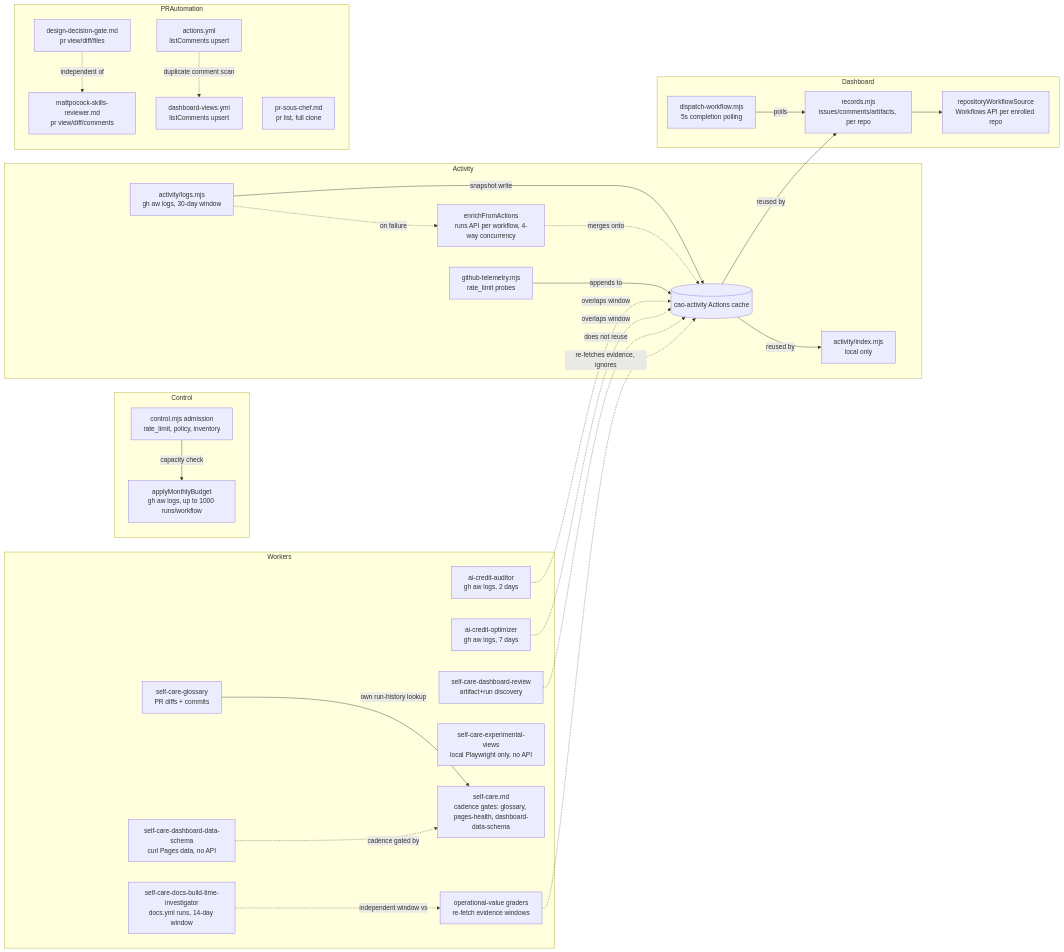
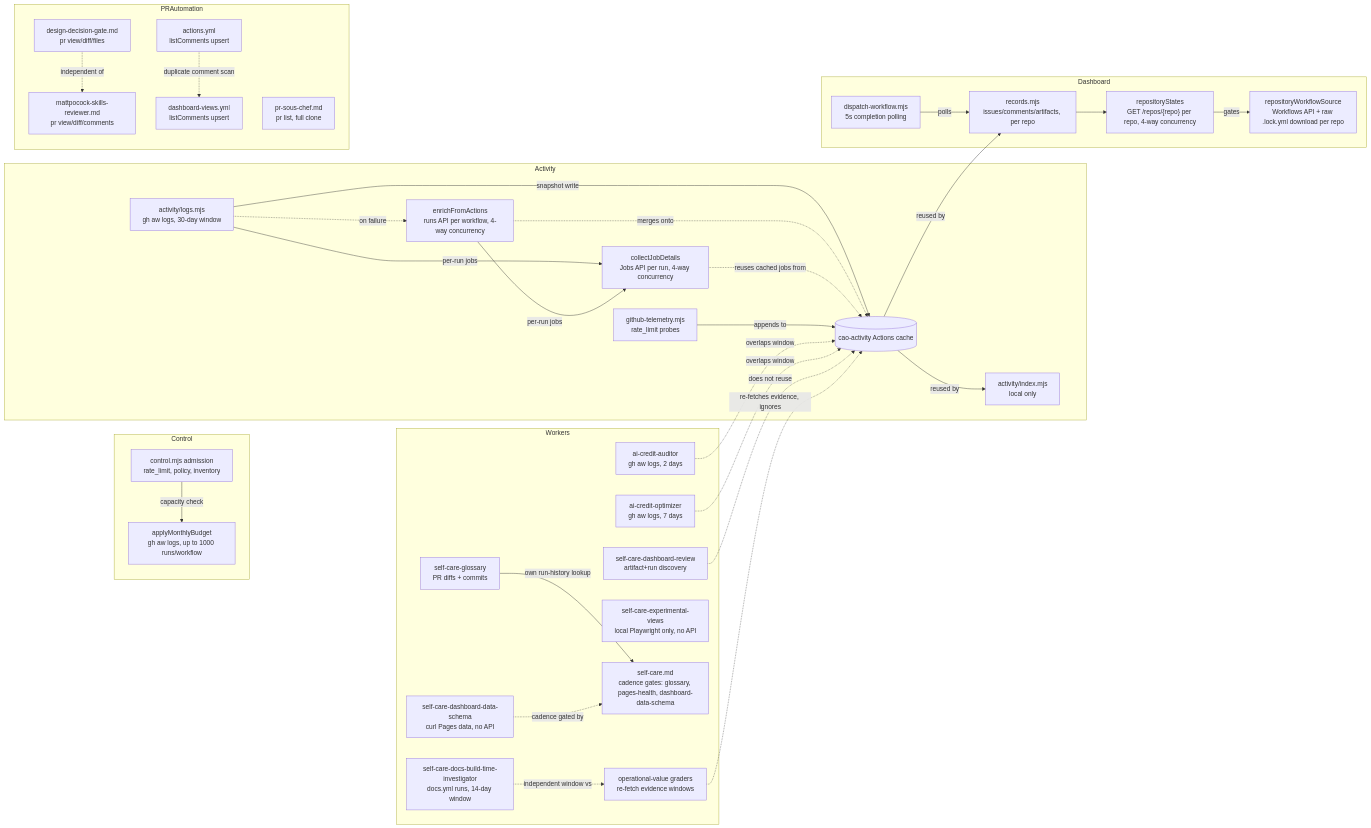
The diagram in specs/data-acquisition-audit.md (githubnext/gh-aw-cao), drawn with Mermaid before and after one commit. The commit also changed other lines of this file, not shown here.

Commit message:
Refresh data acquisition audit: job-metadata and remote-repo visibility scans

````diff
--- a/specs/data-acquisition-audit.md
+++ b/specs/data-acquisition-audit.md
@@ -182,55 +186,61 @@
 ```mermaid
 flowchart LR
   subgraph Control
     control["control.mjs admission<br/>rate_limit, policy, inventory"]
     budget["applyMonthlyBudget<br/>gh aw logs, up to 1000 runs/workflow"]
   end
   subgraph Activity
     logsmjs["activity/logs.mjs<br/>gh aw logs, 30-day window"]
     fallback["enrichFromActions<br/>runs API per workflow, 4-way concurrency"]
+    jobsapi["collectJobDetails<br/>Jobs API per run, 4-way concurrency"]
     indexmjs["activity/index.mjs<br/>local only"]
     telemetry["github-telemetry.mjs<br/>rate_limit probes"]
     cache[("cao-activity Actions cache")]
   end
   subgraph Dashboard
     records["records.mjs<br/>issues/comments/artifacts, per repo"]
-    remotewf["repositoryWorkflowSource<br/>Workflows API per enrolled repo"]
+    repostate["repositoryStates<br/>GET /repos/{repo} per repo, 4-way concurrency"]
+    remotewf["repositoryWorkflowSource<br/>Workflows API + raw .lock.yml download per repo"]
     dispatch["dispatch-workflow.mjs<br/>5s completion polling"]
   end
   subgraph Workers
     aicaud["ai-credit-auditor<br/>gh aw logs, 2 days"]
     aicopt["ai-credit-optimizer<br/>gh aw logs, 7 days"]
     reviewpf["self-care-dashboard-review<br/>artifact+run discovery"]
     glossary["self-care-glossary<br/>PR diffs + commits"]
     docsbt["self-care-docs-build-time-investigator<br/>docs.yml runs, 14-day window"]
     expviews["self-care-experimental-views<br/>local Playwright only, no API"]
     schemaworker["self-care-dashboard-data-schema<br/>curl Pages data, no API"]
     selfcare["self-care.md<br/>cadence gates: glossary, pages-health, dashboard-data-schema"]
     graders["operational-value graders<br/>re-fetch evidence windows"]
   end
   subgraph PRAutomation
     ddg["design-decision-gate.md<br/>pr view/diff/files"]
     mattpocock["mattpocock-skills-reviewer.md<br/>pr view/diff/comments"]
     soschef["pr-sous-chef.md<br/>pr list, full clone"]
     mobileci["actions.yml<br/>listComments upsert"]
     dashviews["dashboard-views.yml<br/>listComments upsert"]
   end
   control -->|capacity check| budget
   logsmjs -->|snapshot write| cache
   logsmjs -.->|on failure| fallback
   fallback -.->|merges onto| cache
+  logsmjs -->|per-run jobs| jobsapi
+  fallback -->|per-run jobs| jobsapi
+  jobsapi -.->|reuses cached jobs from| cache
   cache -->|reused by| indexmjs
   cache -->|reused by| records
   telemetry -->|appends to| cache
-  records --> remotewf
+  records --> repostate
+  repostate -->|gates| remotewf
   dispatch -->|polls| records
   aicaud -.->|overlaps window| cache
   aicopt -.->|overlaps window| cache
   reviewpf -.->|does not reuse| cache
   glossary -->|own run-history lookup| selfcare
   schemaworker -.->|cadence gated by| selfcare
   docsbt -.->|independent window vs| graders
   graders -.->|re-fetches evidence, ignores| cache
   ddg -.->|independent of| mattpocock
   mobileci -.->|duplicate comment scan| dashviews
 ```
````
